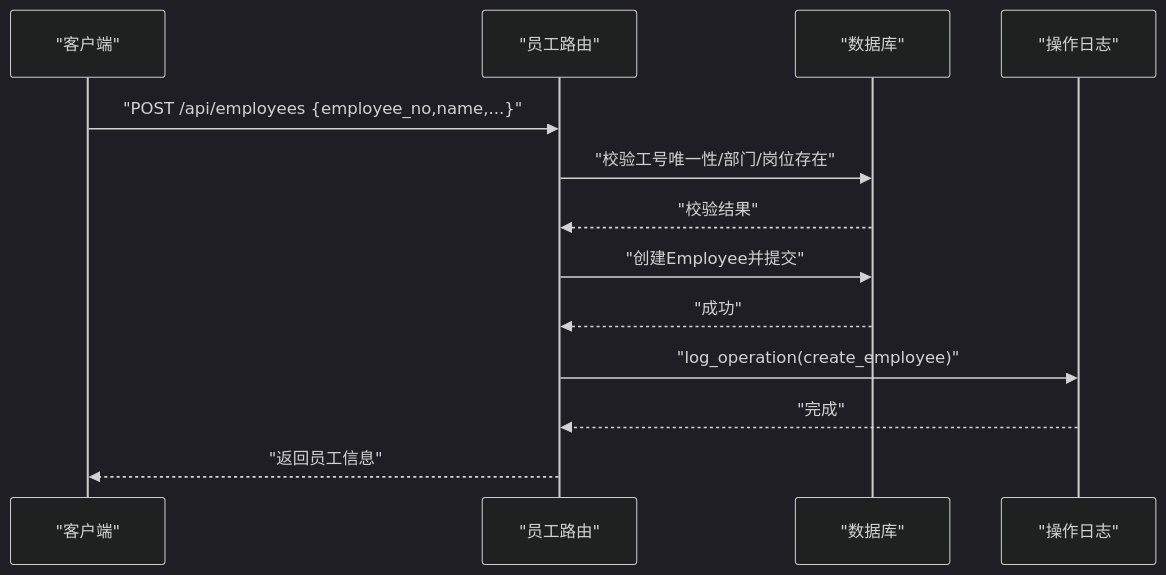
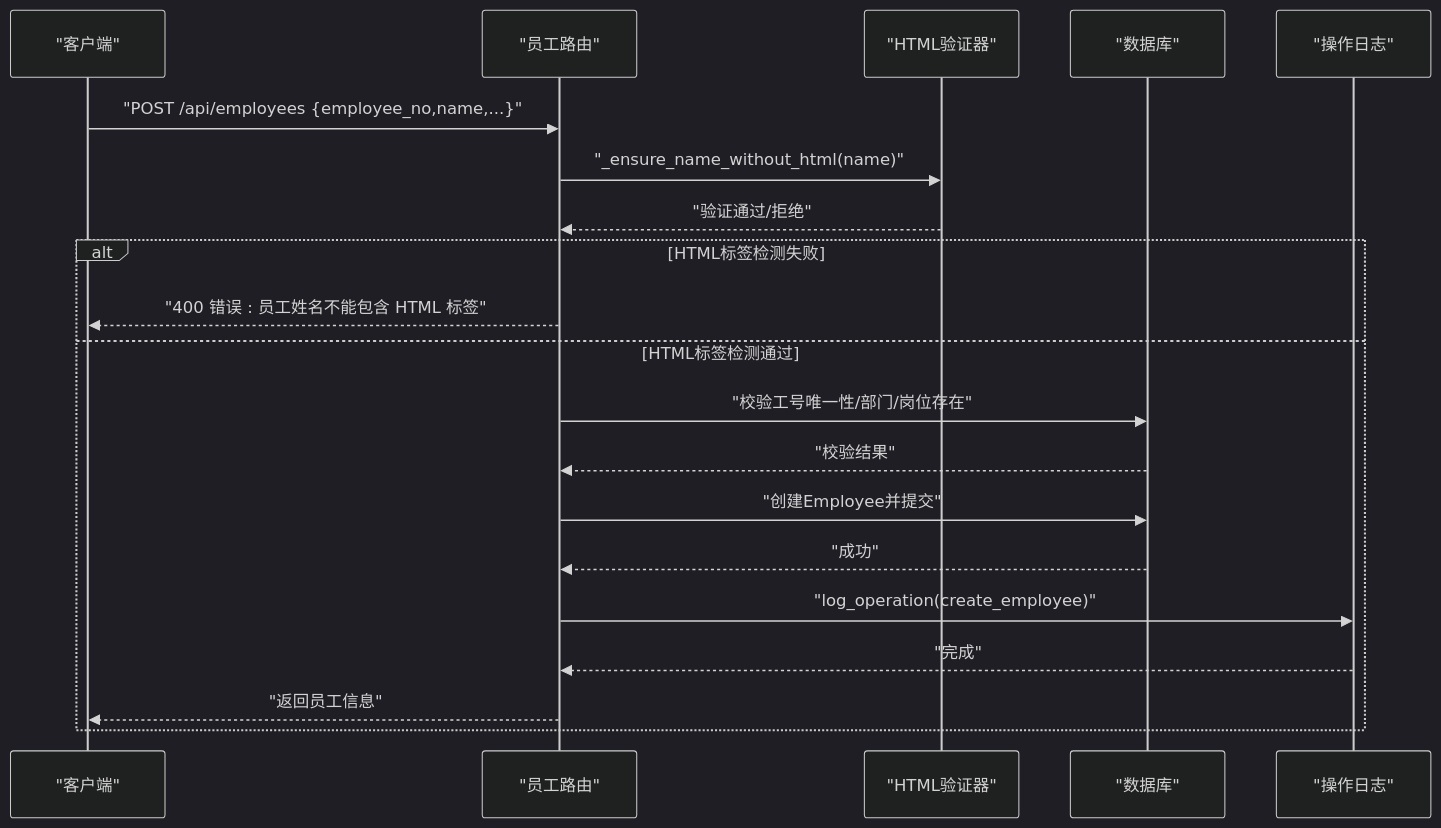
One commit to xgd561/performance_evaluation_system changed the fourth of 8 diagrams in .qoder/repowiki/zh/content/API参考文档/员工管理API.md. Above: the diagram before and after it, drawn with Mermaid (dark theme). The commit also changed other lines of this file and 136 other files, not shown here.

````diff
--- a/.qoder/repowiki/zh/content/API参考文档/员工管理API.md
+++ b/.qoder/repowiki/zh/content/API参考文档/员工管理API.md
@@ -208,15 +235,22 @@
 ```mermaid
 sequenceDiagram
 participant C as "客户端"
 participant R as "员工路由"
+participant V as "HTML验证器"
 participant DB as "数据库"
 participant L as "操作日志"
 C->>R : "POST /api/employees {employee_no,name,...}"
+R->>V : "_ensure_name_without_html(name)"
+V-->>R : "验证通过/拒绝"
+alt HTML标签检测失败
+R-->>C : "400 错误 : 员工姓名不能包含 HTML 标签"
+else HTML标签检测通过
 R->>DB : "校验工号唯一性/部门/岗位存在"
 DB-->>R : "校验结果"
 R->>DB : "创建Employee并提交"
 DB-->>R : "成功"
 R->>L : "log_operation(create_employee)"
 L-->>R : "完成"
 R-->>C : "返回员工信息"
+end
 ```
````
